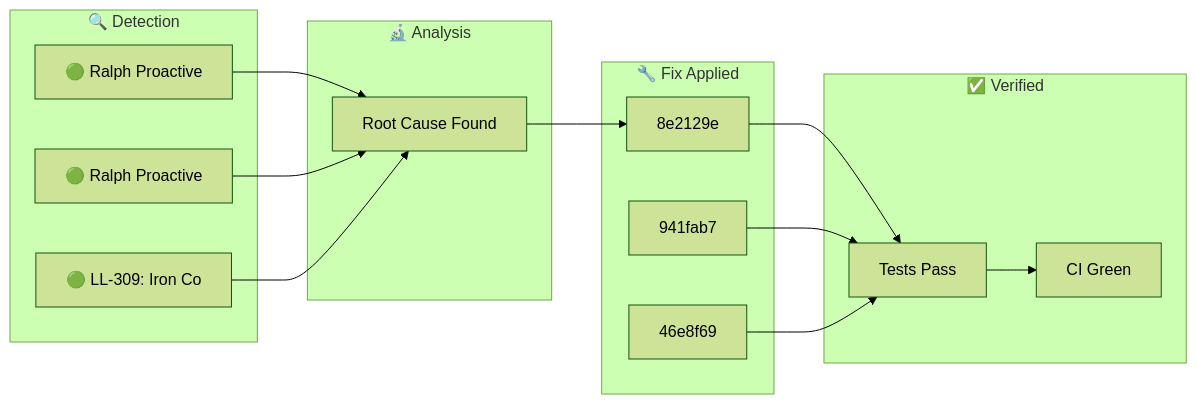
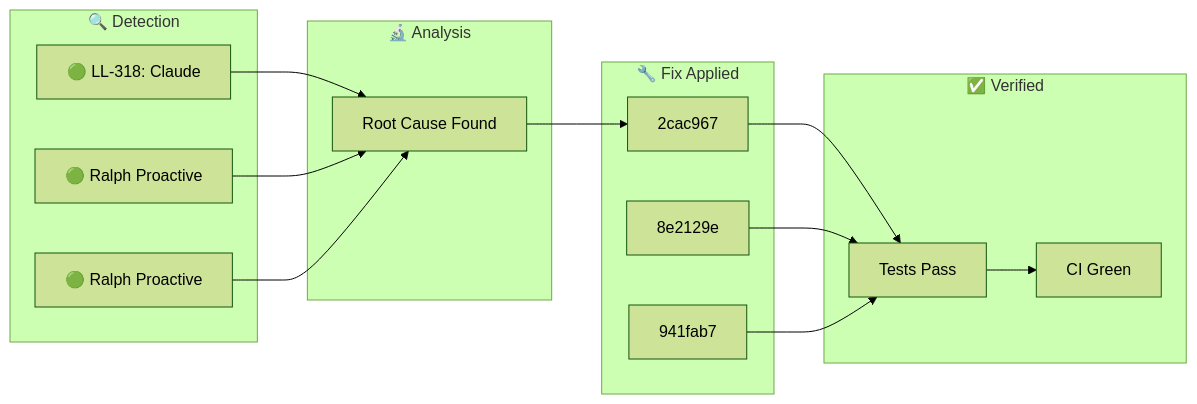
The diagram in docs/_posts/2026-01-29-ralph-discovery.md (YoByron/trading), drawn with Mermaid (forest theme) before and after one commit. The commit also changed other lines of this file, not shown here.

Commit message:
docs(ralph): Auto-publish discovery blog post

````diff
--- a/docs/_posts/2026-01-29-ralph-discovery.md
+++ b/docs/_posts/2026-01-29-ralph-discovery.md
@@ -17,28 +17,28 @@
 ```mermaid
 flowchart LR
     subgraph Detection["🔍 Detection"]
-        D1["🟢 Ralph Proactive"]
+        D1["🟢 LL-318: Claude "]
         D2["🟢 Ralph Proactive"]
-        D3["🟢 LL-309: Iron Co"]
+        D3["🟢 Ralph Proactive"]
     end
     subgraph Analysis["🔬 Analysis"]
         A1["Root Cause Found"]
     end
     subgraph Fix["🔧 Fix Applied"]
-        F1["8e2129e"]
-        F2["941fab7"]
-        F3["46e8f69"]
+        F1["2cac967"]
+        F2["8e2129e"]
+        F3["941fab7"]
     end
     subgraph Verify["✅ Verified"]
         V1["Tests Pass"]
         V2["CI Green"]
     end
     D1 --> A1
     D2 --> A1
     D3 --> A1
     A1 --> F1
     F1 --> V1
     F2 --> V1
     F3 --> V1
     V1 --> V2
 ```
````
